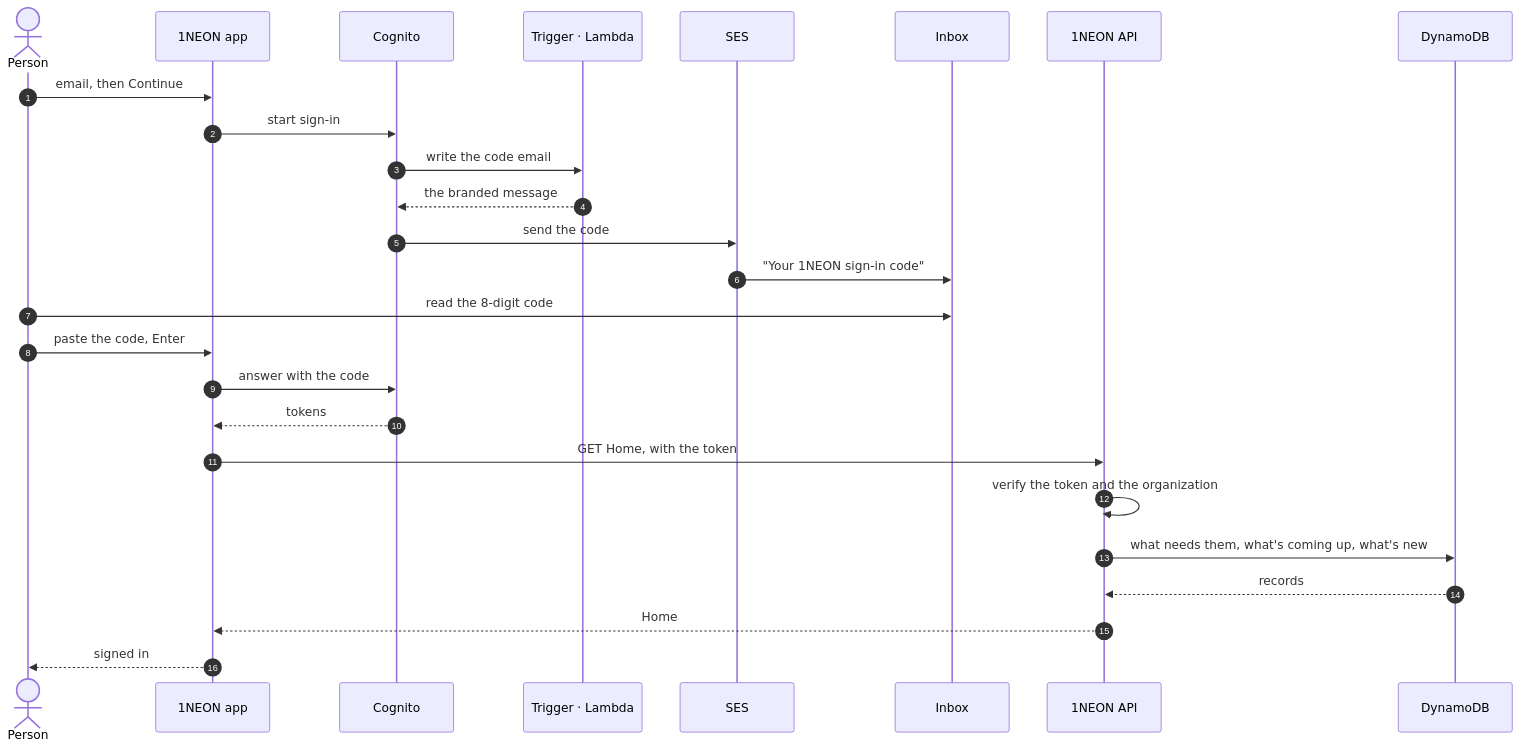
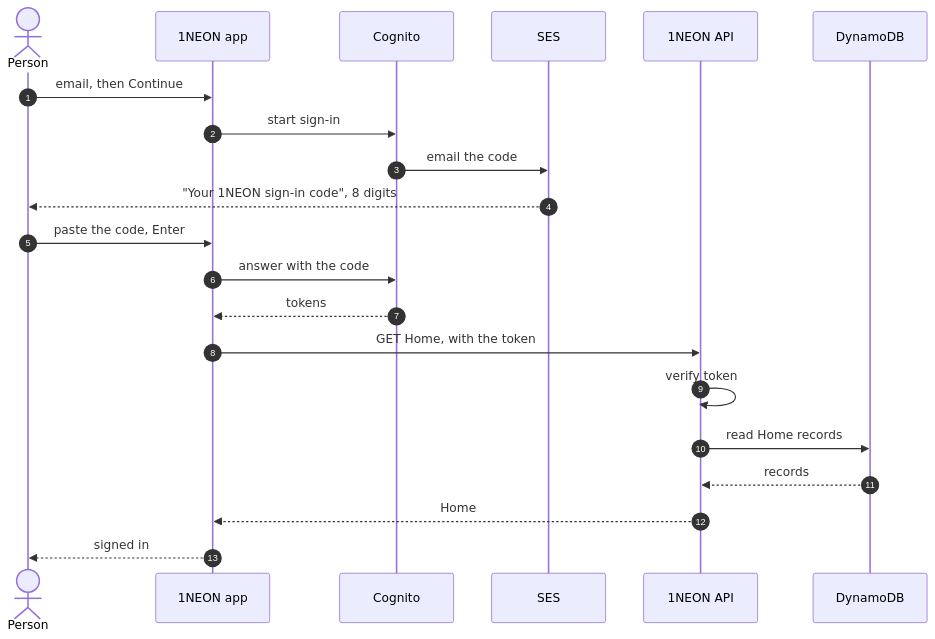
One commit to neon1llc/neon1-corpus changed the fifth of 8 diagrams in corpus/company/architecture.md. Above: the diagram before and after it, drawn with Mermaid. The commit also changed other lines of this file and 17 other files, not shown here.

Commit message:
Render architecture diagrams standalone and fit them to phones

````diff
--- a/corpus/company/architecture.md
+++ b/corpus/company/architecture.md
@@ -166,29 +144,24 @@
 ```mermaid
-%% alt: Sequence diagram of 1NEON sign-in. The person enters their email in the 1NEON app. The app asks Cognito to start a sign-in. Cognito runs 1NEON's trigger, which writes the branded message, and emails an 8-digit code through SES. The person reads the code in their inbox and enters it. Cognito checks the code and returns tokens. The app calls the 1NEON API through CloudFront with the token, and the API verifies it and returns the person's Home page data from DynamoDB.
+%% alt: Sequence diagram of 1NEON sign-in. The person enters their email in the 1NEON app. The app asks Cognito to start a sign-in. Cognito emails a branded message with an 8-digit code through SES. The person reads the code and enters it. Cognito checks the code and returns tokens. The app calls the 1NEON API through CloudFront with the token, and the API verifies it and returns the person's Home page data from DynamoDB.
 sequenceDiagram
   autonumber
   actor P as Person
   participant A as 1NEON app
   participant G as Cognito
-  participant T as Trigger · Lambda
   participant E as SES
-  participant I as Inbox
   participant X as 1NEON API
   participant D as DynamoDB
   P->>A: email, then Continue
   A->>G: start sign-in
-  G->>T: write the code email
-  T-->>G: the branded message
-  G->>E: send the code
-  E->>I: "Your 1NEON sign-in code"
-  P->>I: read the 8-digit code
+  G->>E: email the code
+  E-->>P: "Your 1NEON sign-in code", 8 digits
   P->>A: paste the code, Enter
   A->>G: answer with the code
   G-->>A: tokens
   A->>X: GET Home, with the token
-  X->>X: verify the token and the organization
-  X->>D: what needs them, what's coming up, what's new
+  X->>X: verify token
+  X->>D: read Home records
   D-->>X: records
   X-->>A: Home
   A-->>P: signed in
 ```
````
